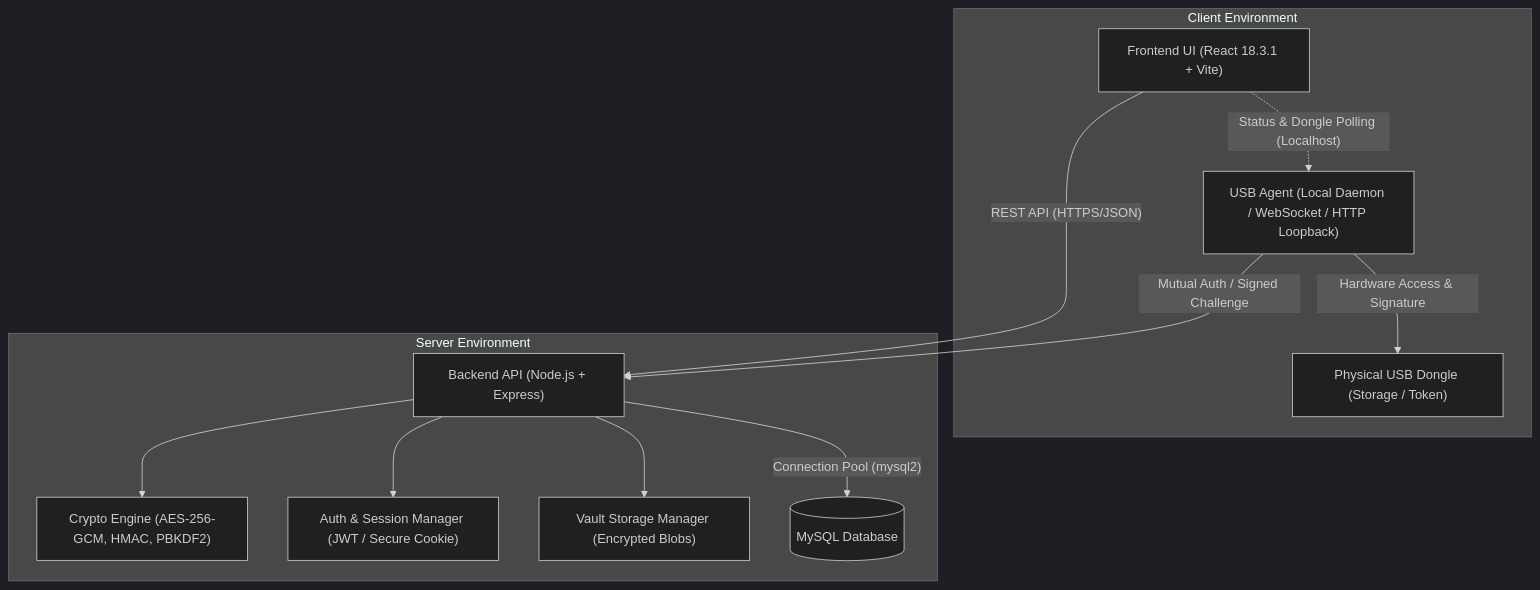
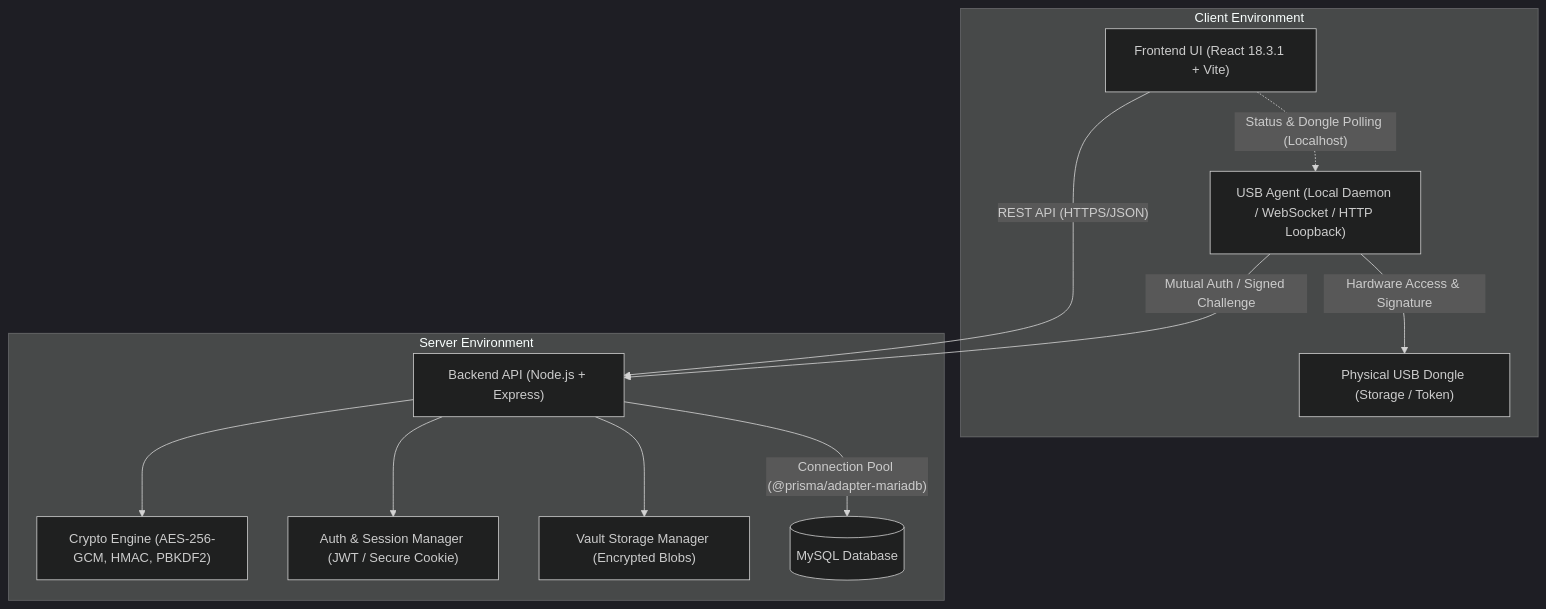
Before and after one commit to adhafajp/KriptoInfo: the first of 4 diagrams in docs/ARCHITECTURE.md, drawn with Mermaid (dark theme). The commit also changed 33 other files, not shown here.

````diff
--- a/docs/ARCHITECTURE.md
+++ b/docs/ARCHITECTURE.md
@@ -22,25 +22,25 @@
 ```mermaid
 graph TB
     subgraph Client Environment
         UI["Frontend UI (React 18.3.1 + Vite)"]
         UA["USB Agent (Local Daemon / WebSocket / HTTP Loopback)"]
         USB["Physical USB Dongle (Storage / Token)"]
     end
 
     subgraph Server Environment
         API["Backend API (Node.js + Express)"]
         Crypto["Crypto Engine (AES-256-GCM, HMAC, PBKDF2)"]
         Auth["Auth & Session Manager (JWT / Secure Cookie)"]
         Vault["Vault Storage Manager (Encrypted Blobs)"]
         DB[(MySQL Database)]
     end
 
     UI -- "REST API (HTTPS/JSON)" --> API
     UI -. "Status & Dongle Polling (Localhost)" .-> UA
     UA -- "Hardware Access & Signature" --> USB
     UA -- "Mutual Auth / Signed Challenge" --> API
     API --> Crypto
     API --> Auth
     API --> Vault
-    API -- "Connection Pool (mysql2)" --> DB
+    API -- "Connection Pool (@prisma/adapter-mariadb)" --> DB
 ```
````
